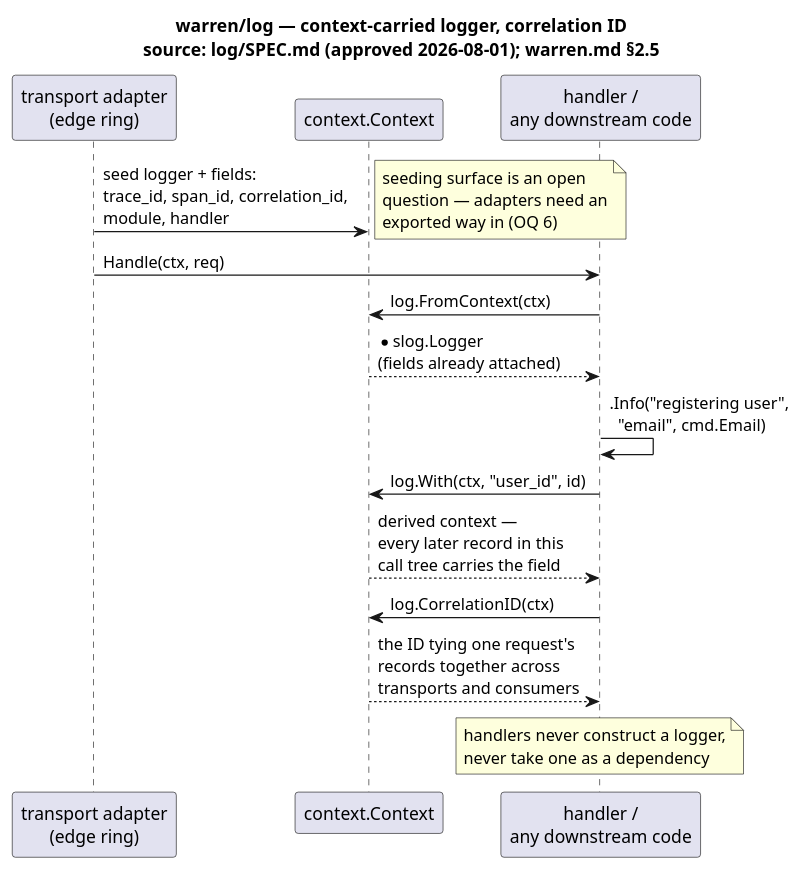
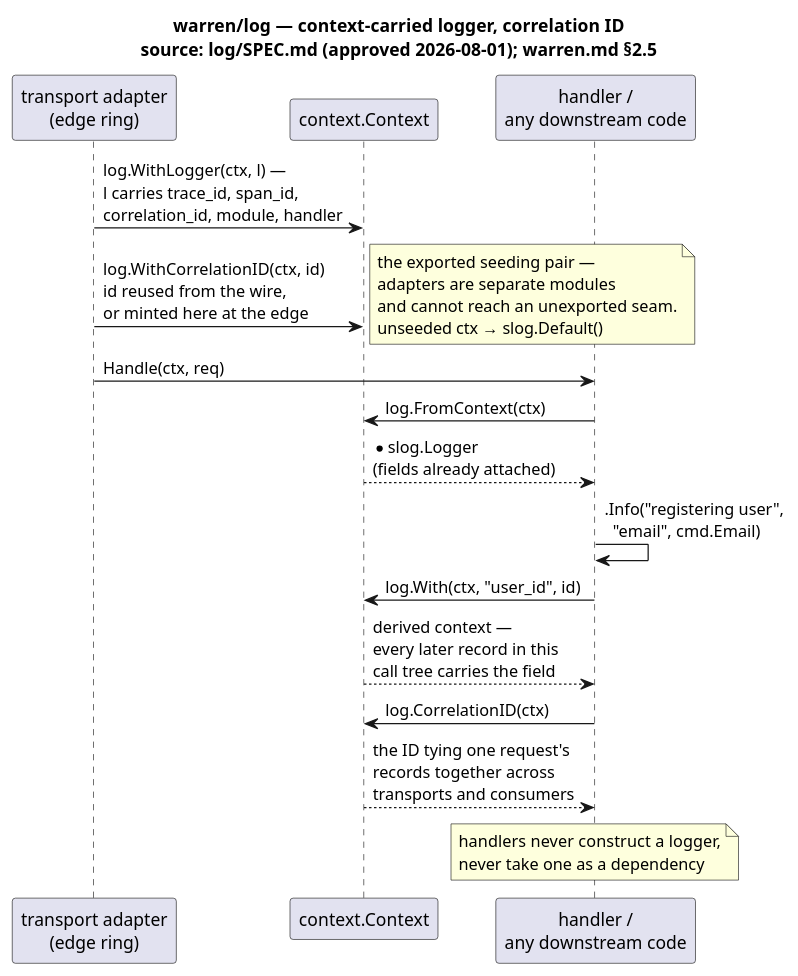
Before and after one commit to MerseniBilel/warren: the diagram in docs/assets/log-usage.puml, drawn with PlantUML. The commit also changed 6 other files, not shown here.

First line of the commit message:
feat(log): implement the context-carried logger

```diff
--- a/docs/assets/log-usage.puml
+++ b/docs/assets/log-usage.puml
@@ -1,22 +1,23 @@
 @startuml log-usage
 title warren/log — context-carried logger, correlation ID\nsource: log/SPEC.md (approved 2026-08-01); warren.md §2.5
 
 participant "transport adapter\n(edge ring)" as edge
 participant "context.Context" as ctx
 participant "handler /\nany downstream code" as handler
 
-edge -> ctx : seed logger + fields:\ntrace_id, span_id, correlation_id,\nmodule, handler
-note right : seeding surface is an open\nquestion — adapters need an\nexported way in (OQ 6)
+edge -> ctx : log.WithLogger(ctx, l) —\nl carries trace_id, span_id,\ncorrelation_id, module, handler
+edge -> ctx : log.WithCorrelationID(ctx, id)\nid reused from the wire,\nor minted here at the edge
+note right : the exported seeding pair —\nadapters are separate modules\nand cannot reach an unexported seam.\nunseeded ctx → slog.Default()
 
 edge -> handler : Handle(ctx, req)
 handler -> ctx : log.FromContext(ctx)
 ctx --> handler : *slog.Logger\n(fields already attached)
 handler -> handler : .Info("registering user",\n  "email", cmd.Email)
 
 handler -> ctx : log.With(ctx, "user_id", id)
 ctx --> handler : derived context —\nevery later record in this\ncall tree carries the field
 
 handler -> ctx : log.CorrelationID(ctx)
 ctx --> handler : the ID tying one request's\nrecords together across\ntransports and consumers
 note over handler : handlers never construct a logger,\nnever take one as a dependency
 @enduml
```
